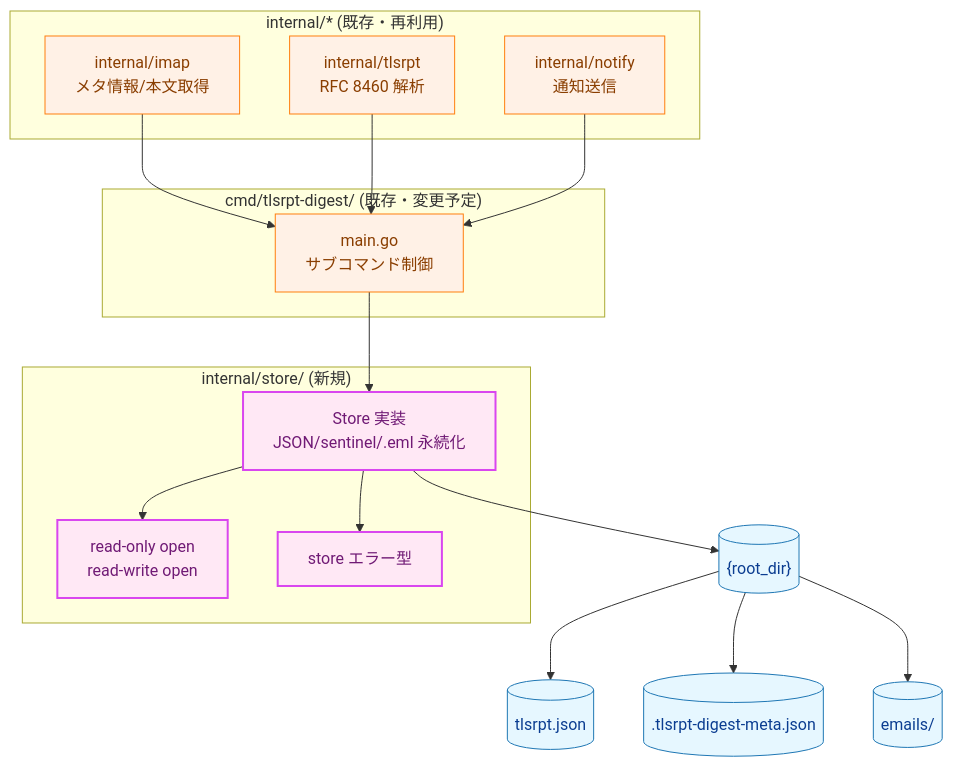
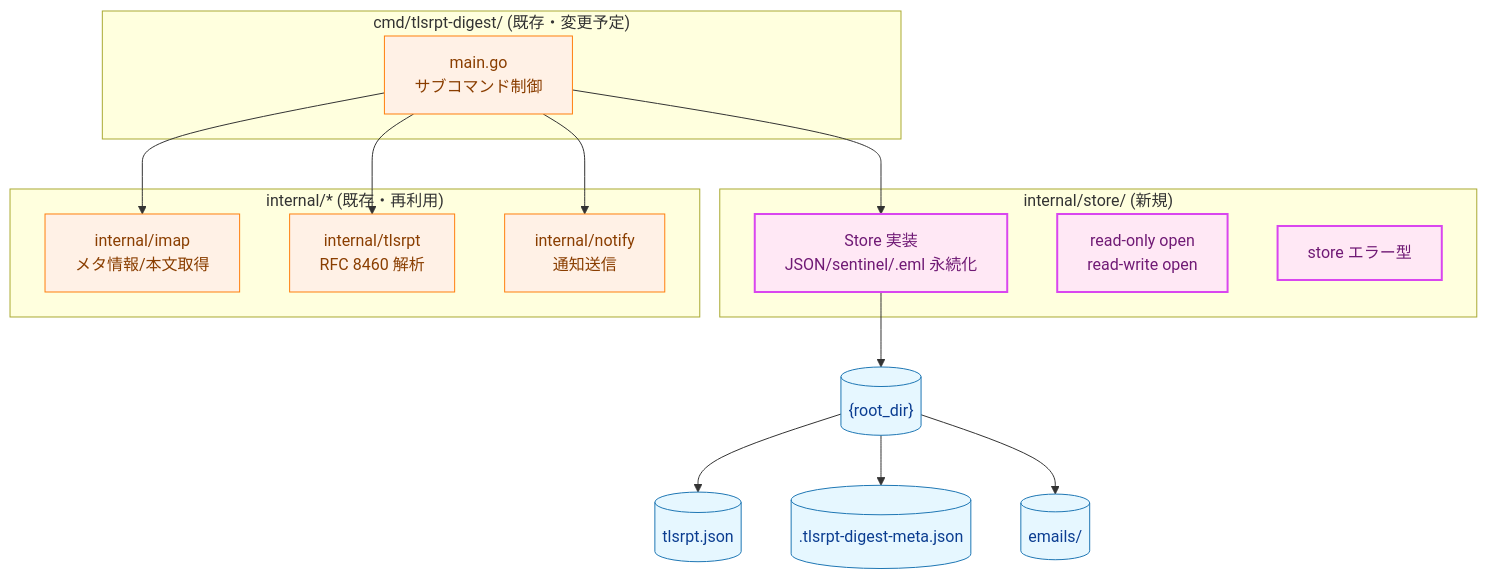
One commit to isseis/tlsrpt-digest changed the third of 15 diagrams in docs/tasks/0040_store/02_architecture.md. Above: the diagram before and after it, drawn with Mermaid. The commit also changed other lines of this file, not shown here.

Commit message:
docs(store/arch): fix arrow direction and add dependency semantics note
The system structure diagram had inconsistent arrow directions:
- MAIN --> SVC was 'A calls B' (dependency direction, correct)
- IMAP/TLSRPT/NOTIFY --> MAIN was data-flow direction (inconsistent)

Standardize on 'A --> B = A uses B (A depends on B)':
- MAIN --> IMAP/TLSRPT/NOTIFY (main uses these packages)
- Removed SVC-->RT and SVC-->ERR arrows; co-location in subgraph
  already expresses the package membership relationship

Add explicit arrow semantics note above both diagrams' Legend blocks
so readers understand the convention without guessing.

````diff
--- a/docs/tasks/0040_store/02_architecture.md
+++ b/docs/tasks/0040_store/02_architecture.md
@@ -80,43 +82,41 @@
 ```mermaid
 graph TB
     classDef data fill:#e6f7ff,stroke:#1f77b4,stroke-width:1px,color:#0b3d91;
     classDef process fill:#fff1e6,stroke:#ff7f0e,stroke-width:1px,color:#8a3e00;
     classDef newpkg fill:#ffe8f5,stroke:#d946ef,stroke-width:2px,color:#701a75;
 
     subgraph cmd_pkg ["cmd/tlsrpt-digest/ (既存・変更予定)"]
         MAIN["main.go<br>サブコマンド制御"]
     end
 
     subgraph store_pkg ["internal/store/ (新規)"]
         SVC["Store 実装<br>JSON/sentinel/.eml 永続化"]
         RT["read-only open<br>read-write open"]
         ERR["store エラー型"]
     end
 
     subgraph ext_pkg ["internal/* (既存・再利用)"]
         IMAP["internal/imap<br>メタ情報/本文取得"]
         TLSRPT["internal/tlsrpt<br>RFC 8460 解析"]
         NOTIFY["internal/notify<br>通知送信"]
     end
 
     ROOT[("{root_dir}")]
     JSON[("tlsrpt.json")]
     SENT[(".tlsrpt-digest-meta.json")]
     EDIR[("emails/")]
 
     MAIN --> SVC
-    IMAP --> MAIN
-    TLSRPT --> MAIN
-    NOTIFY --> MAIN
+    MAIN --> IMAP
+    MAIN --> TLSRPT
+    MAIN --> NOTIFY
 
-    SVC --> RT
-    SVC --> ERR
     SVC --> ROOT
     ROOT --> JSON
     ROOT --> SENT
     ROOT --> EDIR
 
     class ROOT,JSON,SENT,EDIR data
     class MAIN,IMAP,TLSRPT,NOTIFY process
     class SVC,RT,ERR newpkg
 ```
````
